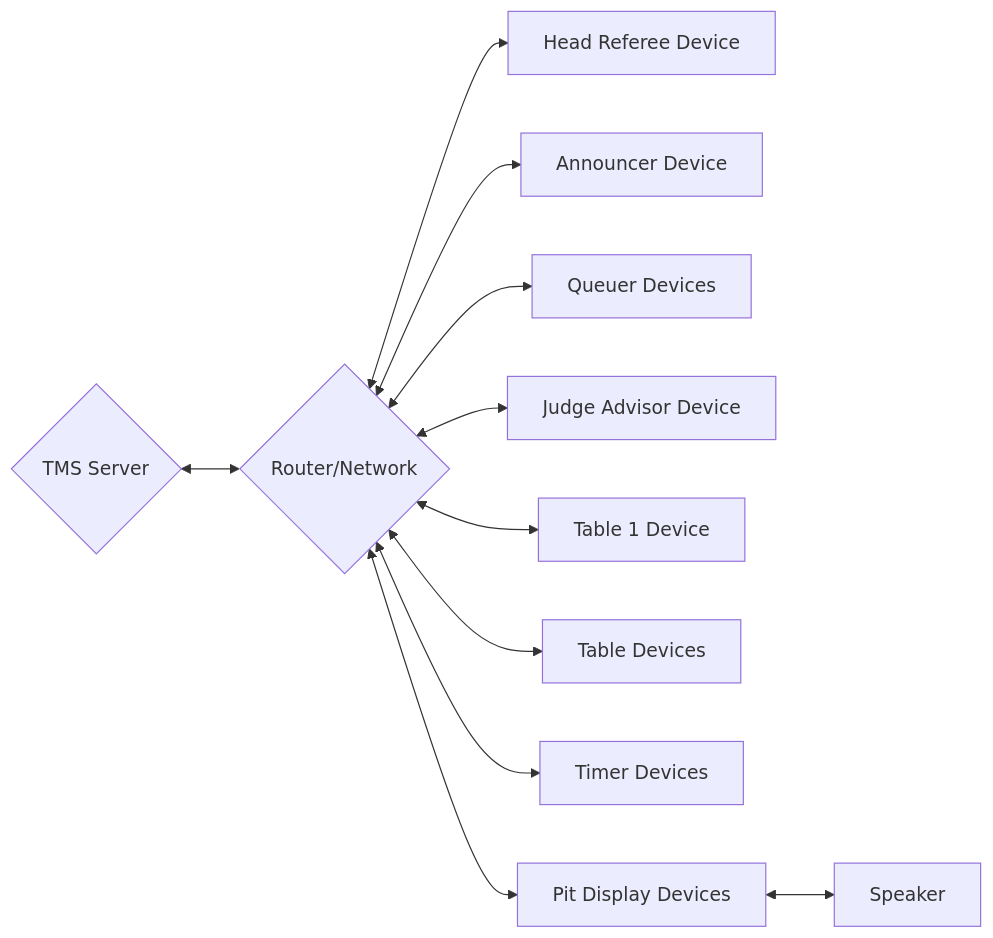
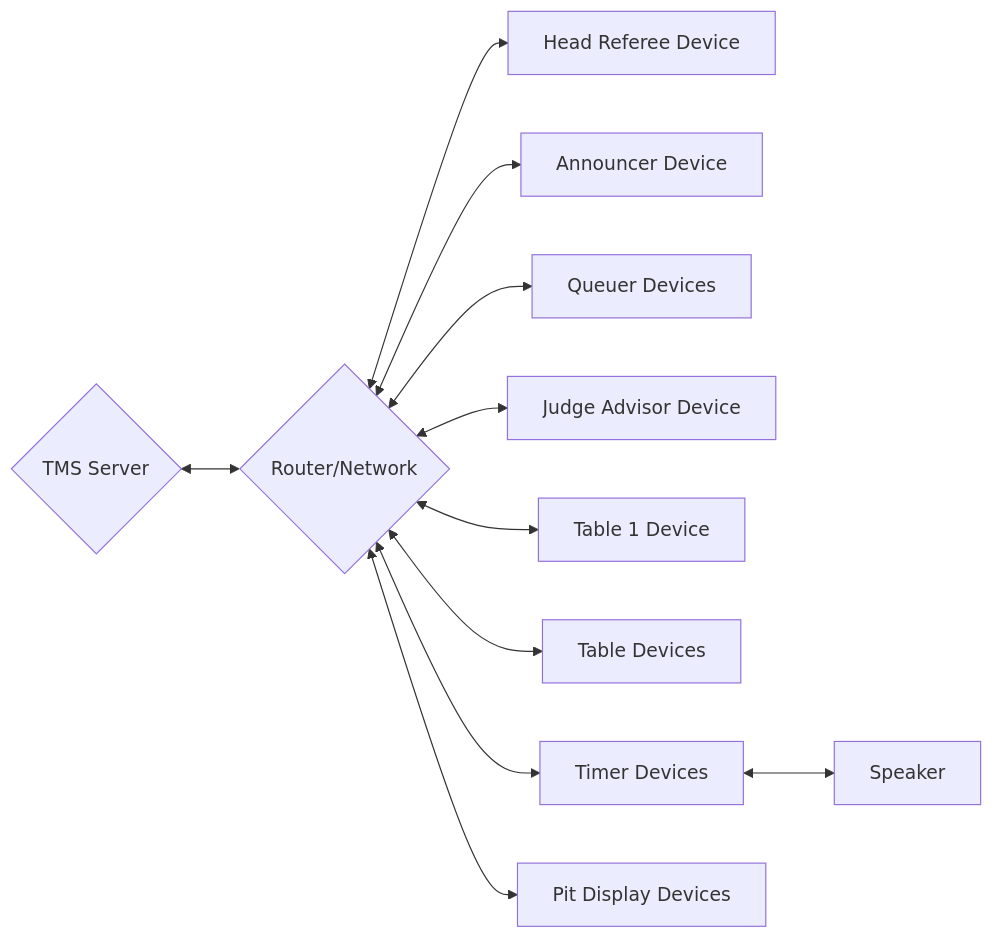
The second of 2 diagrams in docs/tms-planning/full-setup.md (CJBuchel/TMS), drawn with Mermaid before and after one commit. The commit also changed other lines of this file and 14 other files, not shown here.

````diff
--- a/docs/tms-planning/full-setup.md
+++ b/docs/tms-planning/full-setup.md
@@ -47,25 +48,25 @@
 ```mermaid
 graph LR
     A{TMS Server};
     B[Speaker];
     C{Router/Network};
     D[Head Referee Device];
     E[Announcer Device];
     F[Queuer Devices];
     G[Judge Advisor Device];
     H[Table 1 Device];
     I[Table Devices];
     J[Timer Devices];
     K[Pit Display Devices];
 
     A <-->C;
     C <-->D;
     C <-->E;
     C <-->F;
     C <-->G;
     C <-->H;
     C <-->I;
     C <-->J;
     C <-->K;
-    K <-->B;
+    J <-->B;
 ```
````
